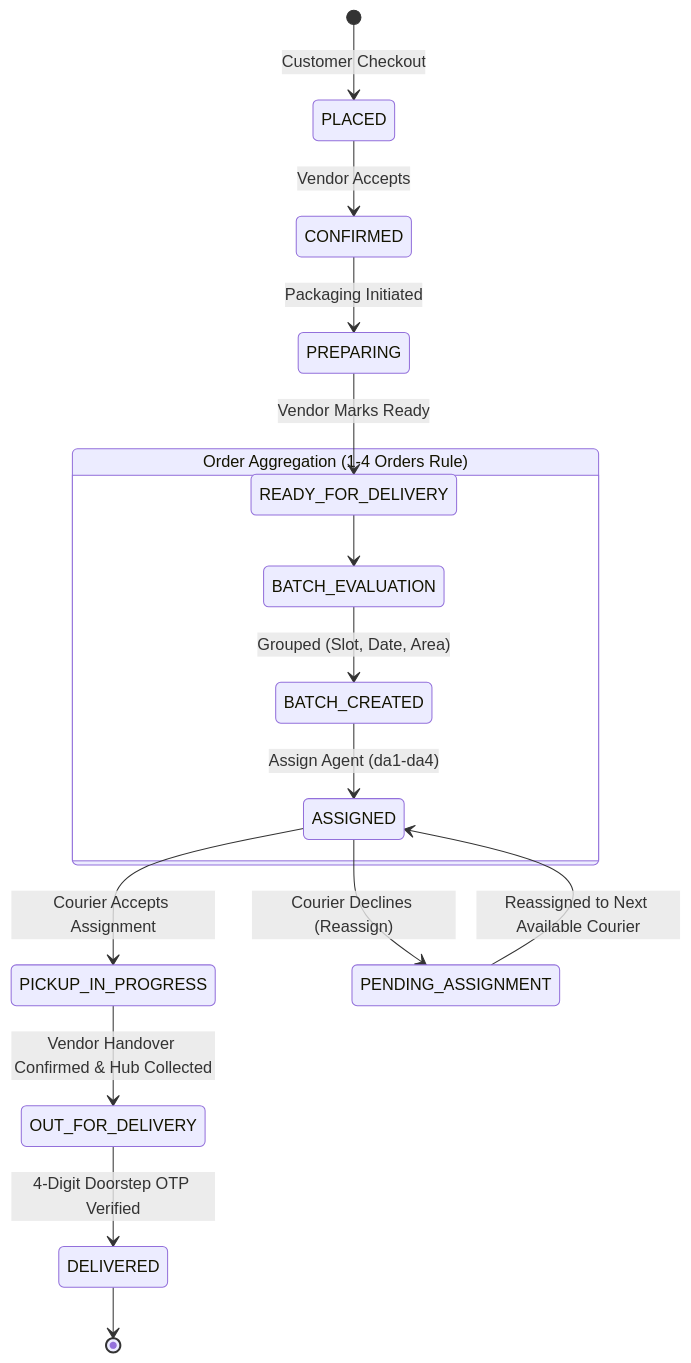
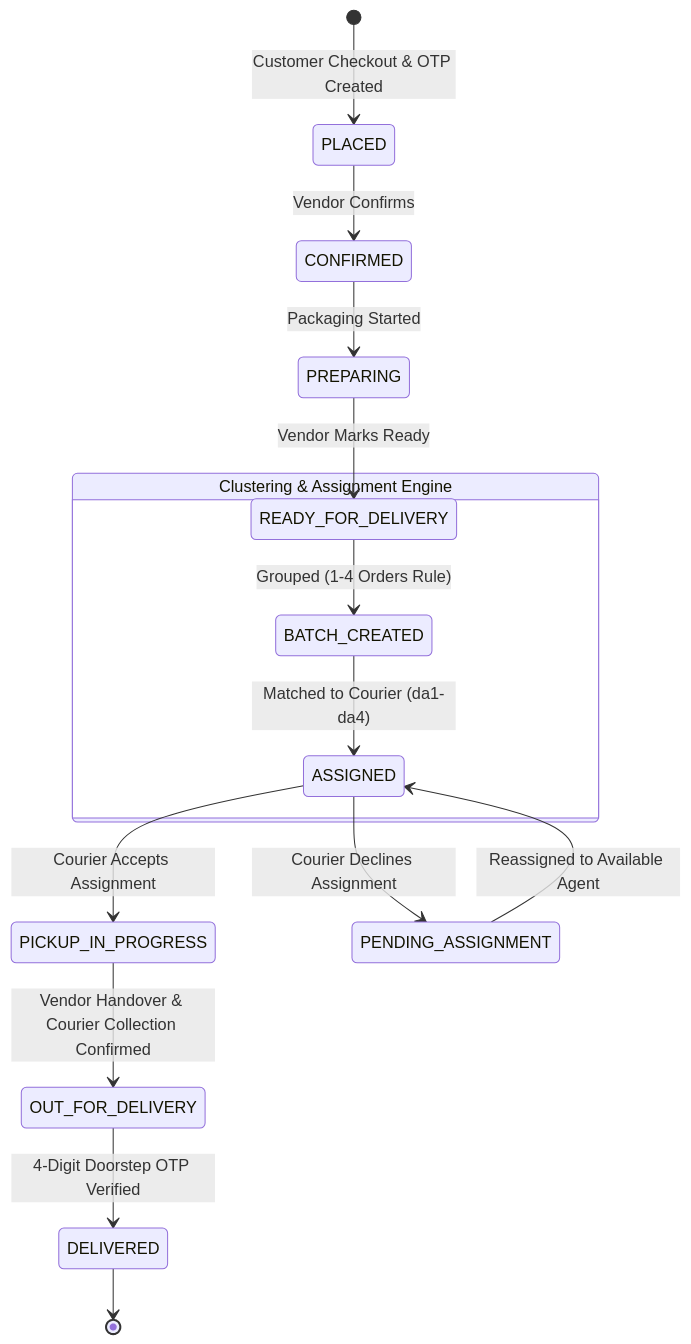
The fourth of 4 diagrams in Micro_Logistics_Final_Review_Report.md (abishekasivaram/Micro-Logistics), drawn with Mermaid before and after one commit. The commit also changed other lines of this file and 6 other files, not shown here.

````diff
--- a/Micro_Logistics_Final_Review_Report.md
+++ b/Micro_Logistics_Final_Review_Report.md
@@ -412,21 +572,20 @@
 ```mermaid
 stateDiagram-v2
-    [*] --> PLACED : Customer Checkout
-    PLACED --> CONFIRMED : Vendor Accepts
-    CONFIRMED --> PREPARING : Packaging Initiated
+    [*] --> PLACED : Customer Checkout & OTP Created
+    PLACED --> CONFIRMED : Vendor Confirms
+    CONFIRMED --> PREPARING : Packaging Started
     PREPARING --> READY_FOR_DELIVERY : Vendor Marks Ready
 
-    state "Order Aggregation (1-4 Orders Rule)" as AggregationEngine {
-        READY_FOR_DELIVERY --> BATCH_EVALUATION
-        BATCH_EVALUATION --> BATCH_CREATED : Grouped (Slot, Date, Area)
-        BATCH_CREATED --> ASSIGNED : Assign Agent (da1-da4)
+    state "Clustering & Assignment Engine" as Clustering {
+        READY_FOR_DELIVERY --> BATCH_CREATED : Grouped (1-4 Orders Rule)
+        BATCH_CREATED --> ASSIGNED : Matched to Courier (da1-da4)
     }
 
     ASSIGNED --> PICKUP_IN_PROGRESS : Courier Accepts Assignment
-    ASSIGNED --> PENDING_ASSIGNMENT : Courier Declines (Reassign)
-    PENDING_ASSIGNMENT --> ASSIGNED : Reassigned to Next Available Courier
+    ASSIGNED --> PENDING_ASSIGNMENT : Courier Declines Assignment
+    PENDING_ASSIGNMENT --> ASSIGNED : Reassigned to Available Agent
 
-    PICKUP_IN_PROGRESS --> OUT_FOR_DELIVERY : Vendor Handover Confirmed & Hub Collected
+    PICKUP_IN_PROGRESS --> OUT_FOR_DELIVERY : Vendor Handover & Courier Collection Confirmed
     OUT_FOR_DELIVERY --> DELIVERED : 4-Digit Doorstep OTP Verified
     DELIVERED --> [*]
 ```
````
